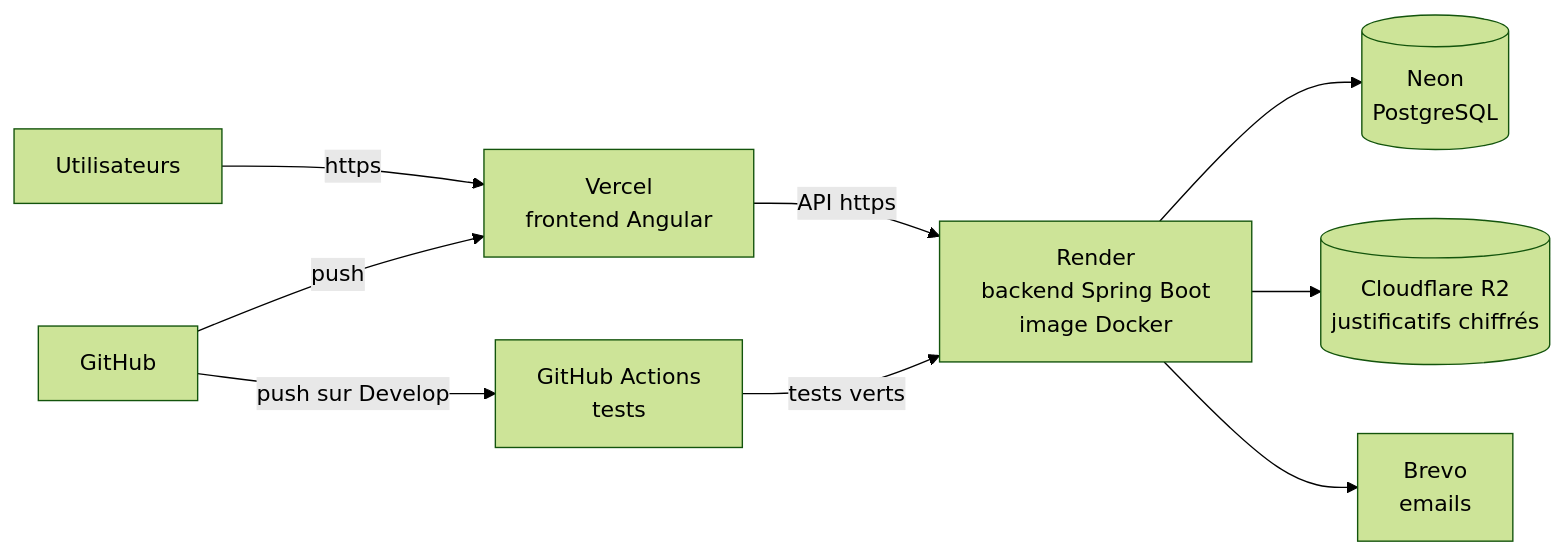
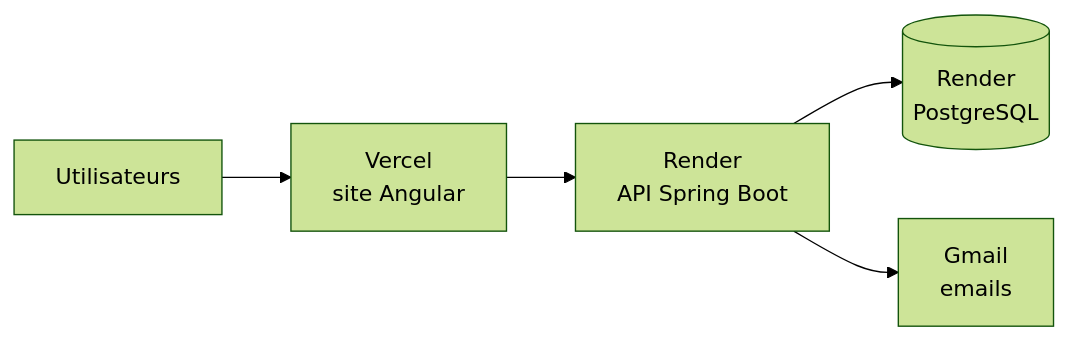
One commit to Devmodjo/driveHub changed the diagram in docs/DEPLOIEMENT.md. Above: the diagram before and after it, drawn with Mermaid (forest theme). The commit also changed other lines of this file and 17 other files, not shown here.

First line of the commit message:
Déploiement simplifié : Render crée l'API et la base, clés générées, Gmail, justificatifs dans PostgreSQL

````diff
--- a/docs/DEPLOIEMENT.md
+++ b/docs/DEPLOIEMENT.md
@@ -7,11 +6,7 @@
 ```mermaid
 flowchart LR
-    U[Utilisateurs] -->|https| V[Vercel<br/>frontend Angular]
-    V -->|API https| R[Render<br/>backend Spring Boot<br/>image Docker]
-    R --> N[(Neon<br/>PostgreSQL)]
-    R --> C[(Cloudflare R2<br/>justificatifs chiffrés)]
-    R --> B[Brevo<br/>emails]
-    G[GitHub] -->|push sur Develop| A[GitHub Actions<br/>tests]
-    A -->|tests verts| R
-    G -->|push| V
+    U[Utilisateurs] --> V[Vercel<br/>site Angular]
+    V --> R[Render<br/>API Spring Boot]
+    R --> D[(Render<br/>PostgreSQL)]
+    R --> G[Gmail<br/>emails]
 ```
````
